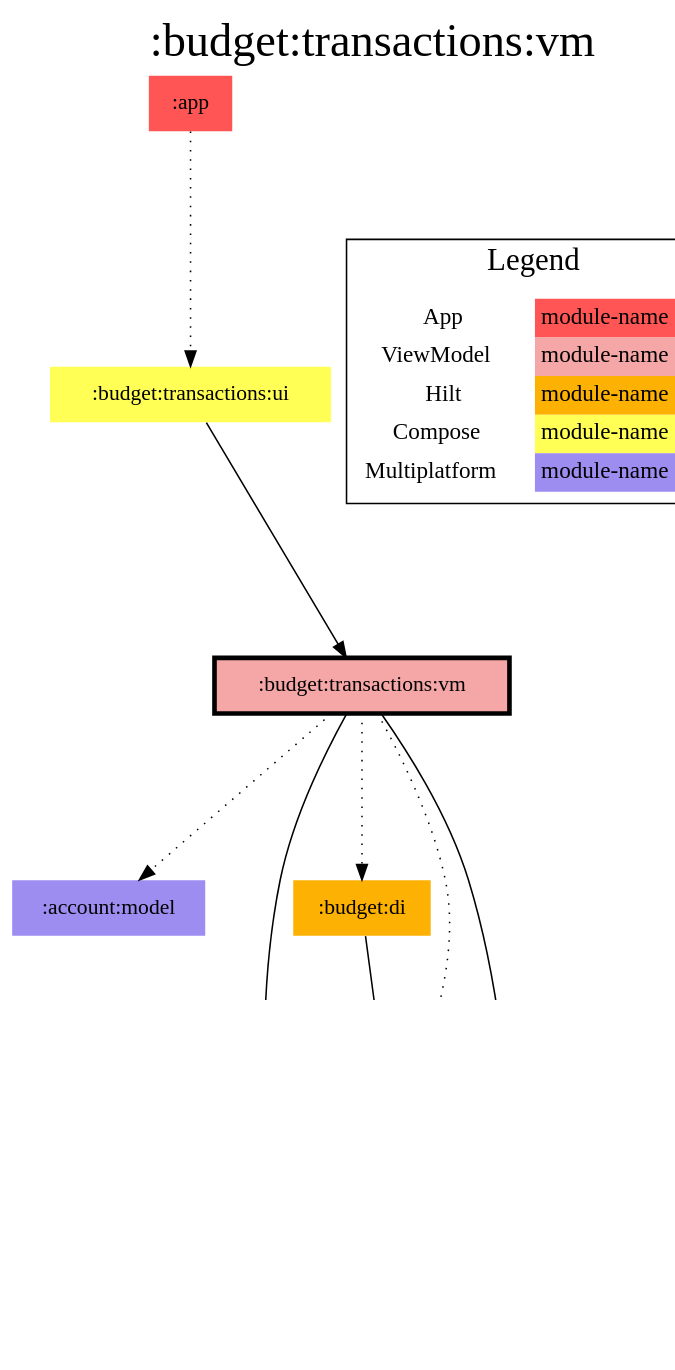
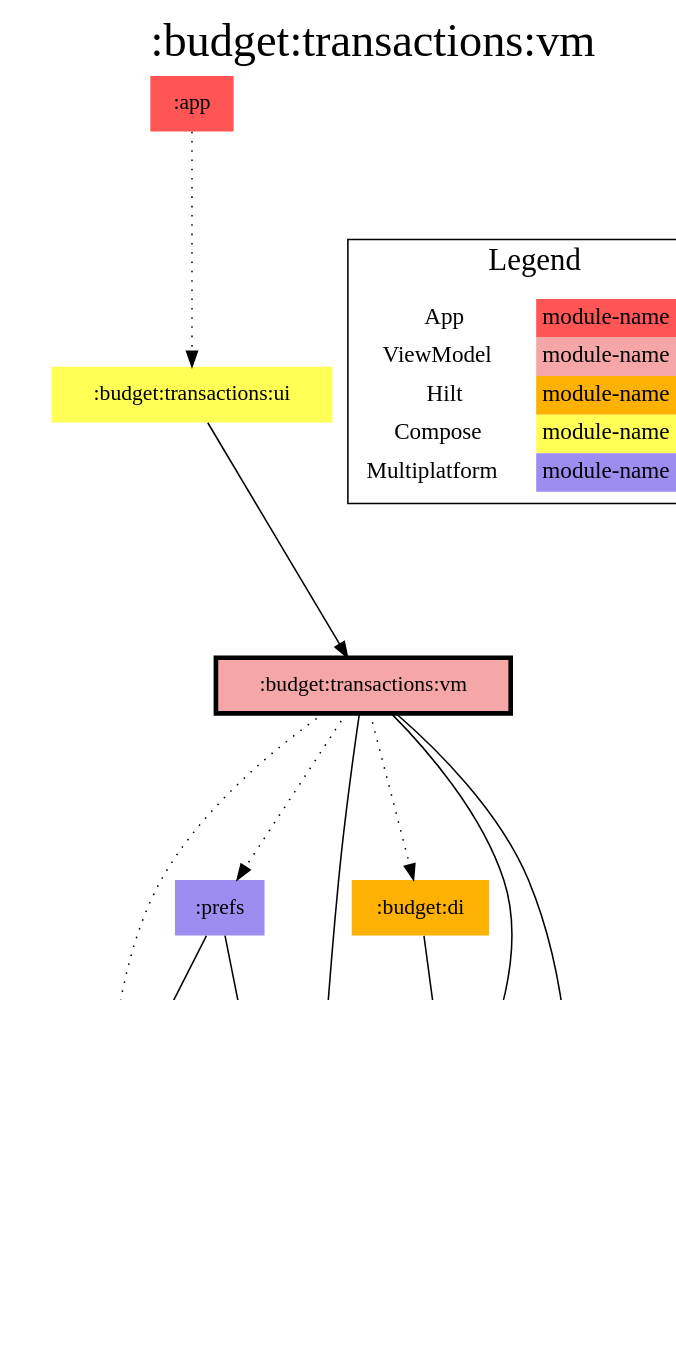
Before and after one commit to jonapoul/aktual: the diagram in modules/budget/transactions/vm/modules.dot, drawn with Graphviz. The commit also changed 110 other files, not shown here.

```diff
--- a/modules/budget/transactions/vm/modules.dot
+++ b/modules/budget/transactions/vm/modules.dot
@@ -1,41 +1,45 @@
 digraph {
 edge ["dir"="forward"]
 graph ["dpi"="100","label"=":budget:transactions:vm","labelloc"="t","fontsize"="30","ranksep"="1.5","rankdir"="TB"]
 node ["style"="filled"]
 ":account:model" ["fillcolor"="#9D8DF1","shape"="none"]
 ":app" ["fillcolor"="#FF5555","shape"="none"]
-":budget:db" ["fillcolor"="#9D8DF1","shape"="none"]
+":budget:data" ["fillcolor"="#9D8DF1","shape"="none"]
 ":budget:di" ["fillcolor"="#FCB103","shape"="none"]
 ":budget:model" ["fillcolor"="#9D8DF1","shape"="none"]
 ":budget:transactions:ui" ["fillcolor"="#FFFF55","shape"="none"]
 ":budget:transactions:vm" ["fillcolor"="#F5A6A6","color"="black","penwidth"="3","shape"="box"]
 ":core:model" ["fillcolor"="#9D8DF1","shape"="none"]
+":prefs" ["fillcolor"="#9D8DF1","shape"="none"]
 {
 edge ["dir"="none"]
 graph ["rank"="same"]
 ":budget:transactions:vm"
 }
 ":app" -> ":budget:transactions:ui" ["style"="dotted"]
-":budget:db" -> ":budget:model"
-":budget:db" -> ":core:model"
-":budget:di" -> ":budget:db"
+":budget:data" -> ":budget:model"
+":budget:data" -> ":core:model"
+":budget:di" -> ":budget:data"
 ":budget:transactions:ui" -> ":budget:transactions:vm"
 ":budget:transactions:vm" -> ":account:model" ["style"="dotted"]
-":budget:transactions:vm" -> ":budget:db" ["style"="dotted"]
+":budget:transactions:vm" -> ":budget:data"
 ":budget:transactions:vm" -> ":budget:di" ["style"="dotted"]
 ":budget:transactions:vm" -> ":budget:model"
 ":budget:transactions:vm" -> ":core:model"
+":budget:transactions:vm" -> ":prefs" ["style"="dotted"]
+":prefs" -> ":account:model"
+":prefs" -> ":core:model"
 subgraph "cluster_legend" {
 edge ["dir"="none"]
 graph ["label"="Legend","fontsize"="20"]
 "Legend" ["style"="filled","fillcolor"="#FFFFFF","shape"="none","margin"="0","fontsize"="15","label"=<
 <TABLE BORDER="0" CELLBORDER="0" CELLSPACING="0" CELLPADDING="4">
 <TR><TD>App</TD><TD BGCOLOR="#FF5555">module-name</TD></TR>
 <TR><TD>ViewModel</TD><TD BGCOLOR="#F5A6A6">module-name</TD></TR>
 <TR><TD>Hilt</TD><TD BGCOLOR="#FCB103">module-name</TD></TR>
 <TR><TD>Compose</TD><TD BGCOLOR="#FFFF55">module-name</TD></TR>
 <TR><TD>Multiplatform</TD><TD BGCOLOR="#9D8DF1">module-name</TD></TR>
 </TABLE>
 >]
 } -> ":budget:transactions:vm" ["style"="invis"]
 }
```
